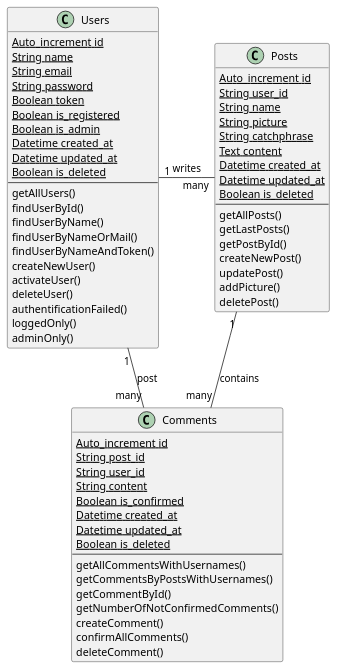
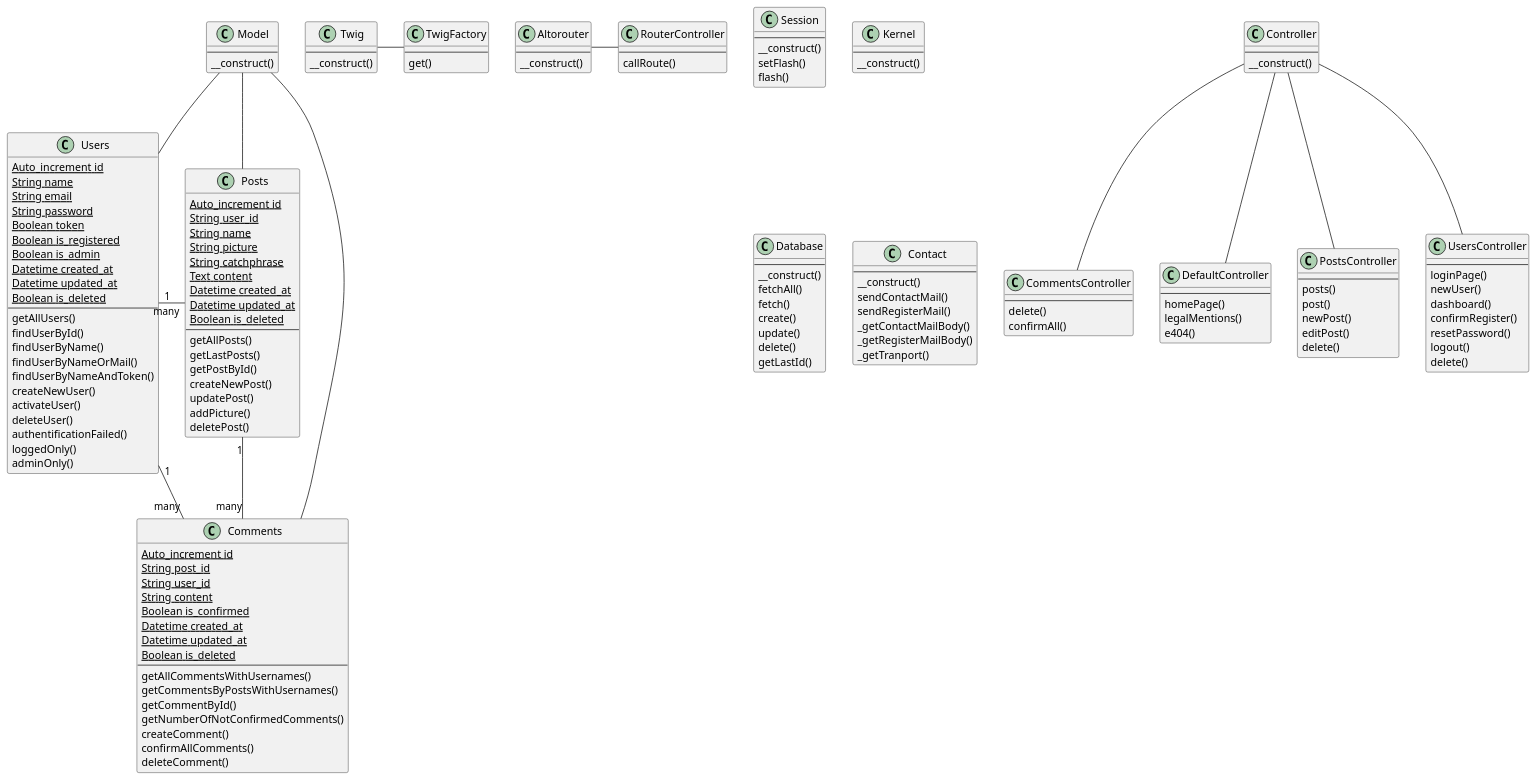
The diagram in diagrammes/class.plantuml (HaiseB/P5_blogPhp), drawn with PlantUML before and after one commit. The commit also changed 2 other files, not shown here.

Commit message:
upload of the good class diagram

```diff
--- a/diagrammes/class.plantuml
+++ b/diagrammes/class.plantuml
@@ -1,71 +1,181 @@
 @startuml class
 
 class Users {
     {static} Auto_increment id
     {static} String name
     {static} String email
     {static} String password
     {static} Boolean token
     {static} Boolean is_registered
     {static} Boolean is_admin
     {static} Datetime created_at
     {static} Datetime updated_at
     {static} Boolean is_deleted
     ---
     getAllUsers()
     findUserById()
     findUserByName()
     findUserByNameOrMail()
     findUserByNameAndToken()
     createNewUser()
     activateUser()
     deleteUser()
     authentificationFailed()
     loggedOnly()
     adminOnly()
 }
 
 class Posts {
     {static} Auto_increment id
     {static} String user_id
     {static} String name
     {static} String picture
     {static} String catchphrase
     {static} Text content
     {static} Datetime created_at
     {static} Datetime updated_at
     {static} Boolean is_deleted
     ---
     getAllPosts()
     getLastPosts()
     getPostById()
     createNewPost()
     updatePost()
     addPicture()
     deletePost()
 }
 
 class Comments {
     {static} Auto_increment id
     {static} String post_id
     {static} String user_id
     {static} String content
     {static} Boolean is_confirmed
     {static} Datetime created_at
     {static} Datetime updated_at
     {static} Boolean is_deleted
     ---
     getAllCommentsWithUsernames()
     getCommentsByPostsWithUsernames()
     getCommentById()
     getNumberOfNotConfirmedComments()
     createComment()
     confirmAllComments()
     deleteComment()
 }
 
-Users "1" - "many" Posts : writes
-Users "1" - "many" Comments : post
-Posts "1" -- "many" Comments : contains
+Users "1" - "many" Posts
+Users "1" - "many" Comments
+Posts "1" -- "many" Comments
+
+class CommentsController {
+    ---
+    delete()
+    confirmAll()
+}
+
+class DefaultController {
+    ---
+    homePage()
+    legalMentions()
+    e404()
+}
+
+class PostsController {
+    ---
+    posts()
+    post()
+    newPost()
+    editPost()
+    delete()
+}
+
+class UsersController {
+    ---
+    loginPage()
+    newUser()
+    dashboard()
+    confirmRegister()
+    resetPassword()
+    logout()
+    delete()
+}
+
+class Twig {
+    ---
+    __construct()
+}
+
+class TwigFactory {
+    ---
+    get()
+}
+
+Twig - TwigFactory
+
+class Session {
+    ---
+    __construct()
+    setFlash()
+    flash()
+}
+
+class Altorouter {
+    ---
+    __construct()
+}
+
+class RouterController {
+    ---
+    callRoute()
+}
+
+Altorouter - RouterController
+
+class Model {
+    ---
+    __construct()
+}
+
+Model -- Users
+Model -- Posts
+Model -- Comments
+
+class Kernel {
+    ---
+    __construct()
+}
+
+class Database {
+    ---
+    __construct()
+    fetchAll()
+    fetch()
+    create()
+    update()
+    delete()
+    getLastId()
+}
+
+class Controller {
+    ---
+    __construct()
+}
+
+Controller -- CommentsController
+Controller -- DefaultController
+Controller -- PostsController
+Controller -- UsersController
+
+class Contact {
+    ---
+    __construct()
+    sendContactMail()
+    sendRegisterMail()
+    _getContactMailBody()
+    _getRegisterMailBody()
+    _getTranport()
+}
+
 
 @enduml
```
